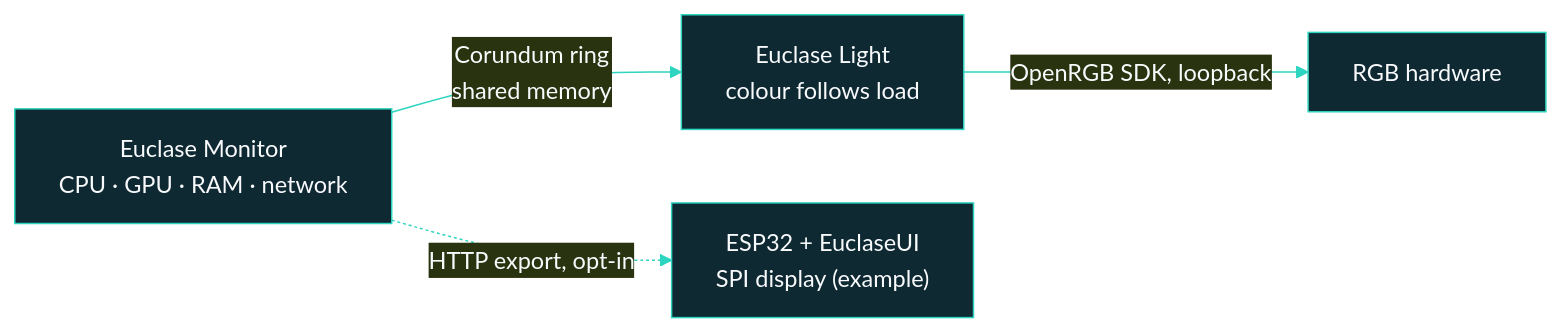
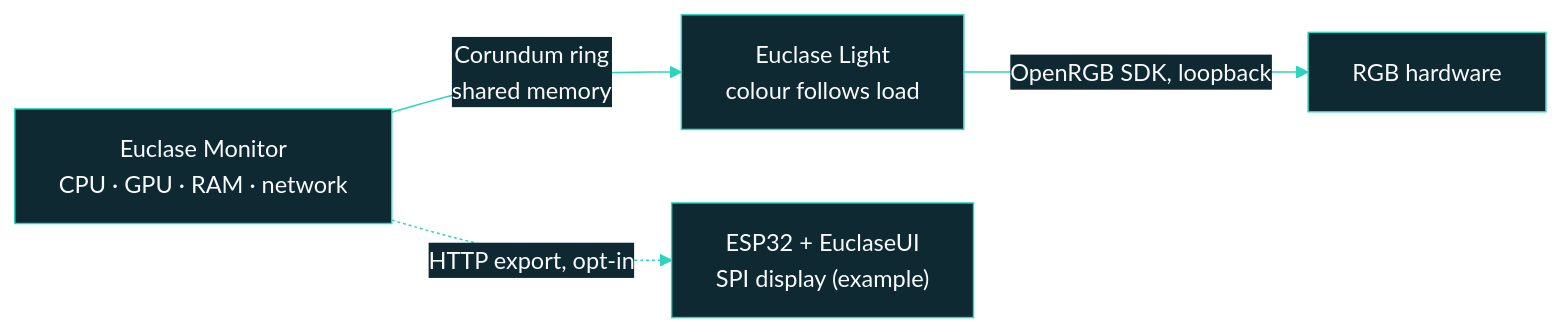
Before and after one commit to SemyonZamiakin/SemyonZamiakin: the diagram in README.md, drawn with Mermaid.

Commit message:
Profile README: petrol edge labels in the diagram

````diff
--- a/README.md
+++ b/README.md
@@ -144,7 +144,7 @@
 ```mermaid
-%%{init: {'theme': 'base', 'themeVariables': {'primaryColor': '#0F2933', 'primaryTextColor': '#F8FAFC', 'primaryBorderColor': '#2DD4BF', 'lineColor': '#2DD4BF', 'fontFamily': 'Segoe UI, Helvetica, Arial, sans-serif'}}}%%
+%%{init: {'theme': 'base', 'themeVariables': {'primaryColor': '#0F2933', 'primaryTextColor': '#F8FAFC', 'primaryBorderColor': '#2DD4BF', 'lineColor': '#2DD4BF', 'edgeLabelBackground': '#0F2933', 'textColor': '#2DD4BF', 'fontFamily': 'Segoe UI, Helvetica, Arial, sans-serif'}}}%%
 flowchart LR
     M["Euclase Monitor<br/>CPU · GPU · RAM · network"] -- "Corundum ring<br/>shared memory" --> L["Euclase Light<br/>colour follows load"]
     L -- "OpenRGB SDK, loopback" --> H["RGB hardware"]
     M -. "HTTP export, opt-in" .-> E["ESP32 + EuclaseUI<br/>SPI display (example)"]
 ```
````
